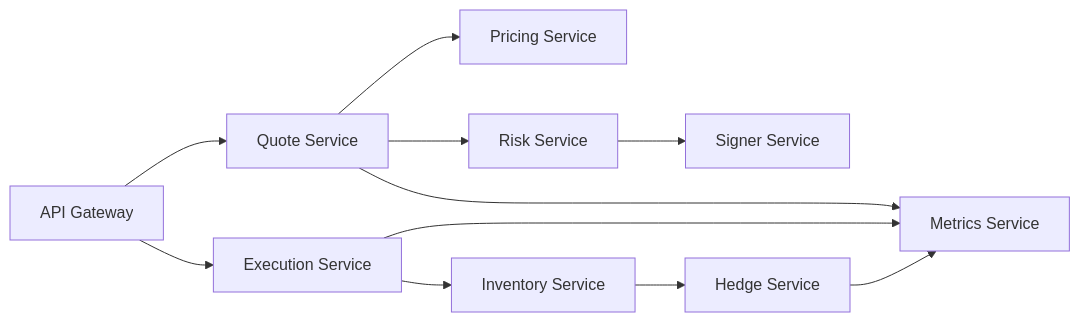
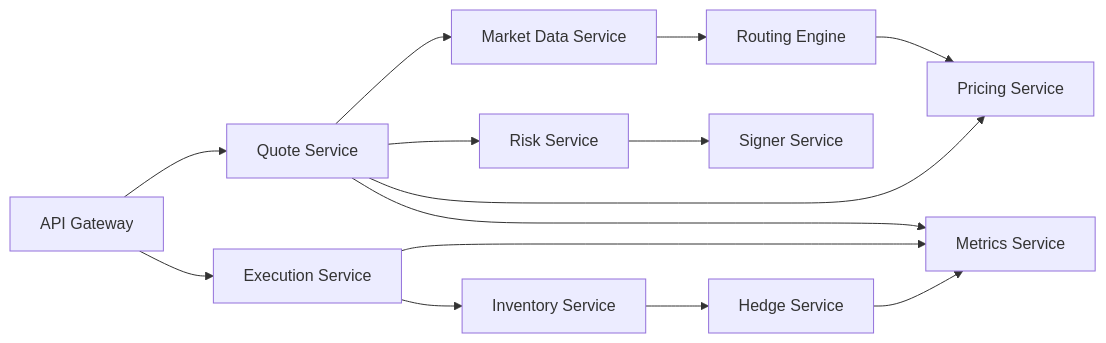
Before and after one commit to alvis-ai/production-grade-web3-rfq-market-maker: the diagram in book/Volume5-BackendEngineering/README.md, drawn with Mermaid. The commit also changed 7 other files, not shown here.

Commit message:
feat: add backend market data and routing engines

````diff
--- a/book/Volume5-BackendEngineering/README.md
+++ b/book/Volume5-BackendEngineering/README.md
@@ -18,23 +18,28 @@
 ```mermaid
 flowchart LR
   API[API Gateway]
   Quote[Quote Service]
+  MarketData[Market Data Service]
+  Routing[Routing Engine]
   Pricing[Pricing Service]
   Risk[Risk Service]
   Signer[Signer Service]
   Execution[Execution Service]
   Inventory[Inventory Service]
   Hedge[Hedge Service]
   Metrics[Metrics Service]
 
   API --> Quote
+  Quote --> MarketData
+  MarketData --> Routing
+  Routing --> Pricing
   Quote --> Pricing
   Quote --> Risk
   Risk --> Signer
   API --> Execution
   Execution --> Inventory
   Inventory --> Hedge
   Quote --> Metrics
   Execution --> Metrics
   Hedge --> Metrics
 ```
````
